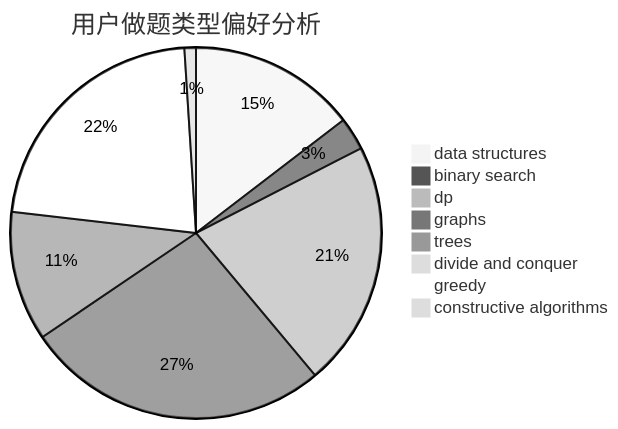
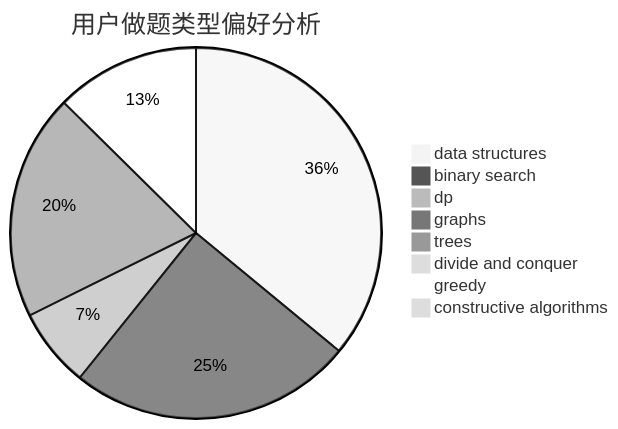
One commit to sherpahu/cfrs.github.io changed the second of 3 diagrams in docs/user/u824.md. Above: the diagram before and after it, drawn with Mermaid (neutral theme). The commit also changed other lines of this file and 2770 other files, not shown here.

````diff
--- a/docs/user/u824.md
+++ b/docs/user/u824.md
@@ -23,11 +23,11 @@
 ```mermaid
 pie title 用户做题类型偏好分析
-    "data structures" :  102
-    "binary search" :  20
-    "dp" :  150
-    "graphs" :  186
-    "trees" :  79
+    "data structures" :  177
+    "binary search" :  122
+    "dp" :  34
+    "graphs" :  0
+    "trees" :  97
     "divide and conquer" :  0
-    "greedy" :  155
-    "constructive algorithms" :  7
+    "greedy" :  62
+    "constructive algorithms" :  0
 ```
````
